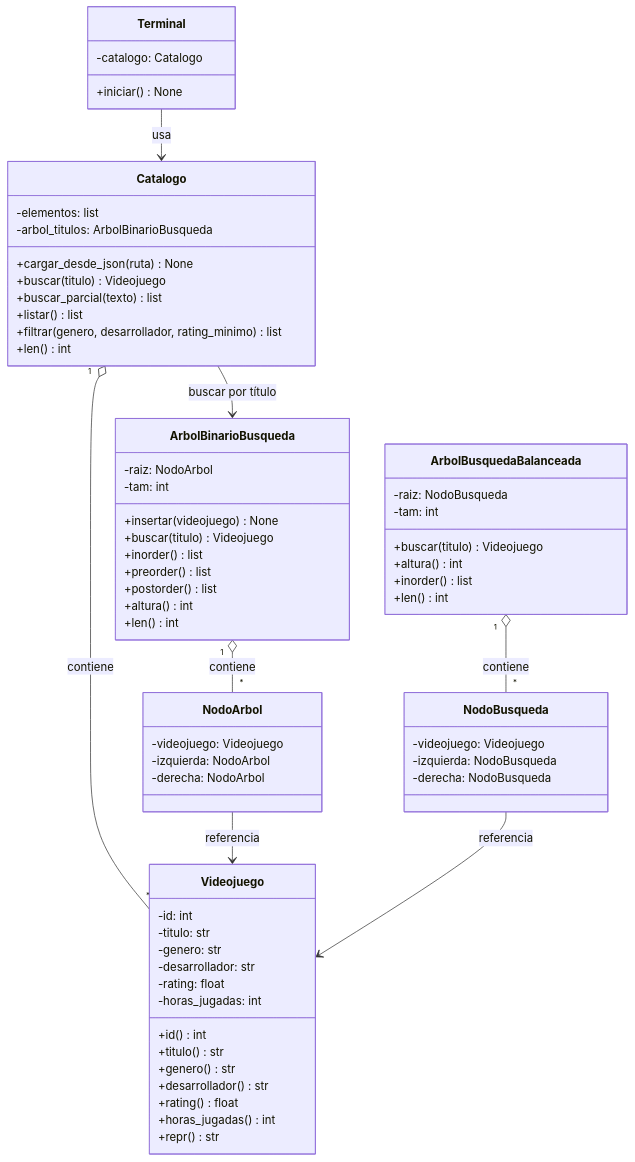
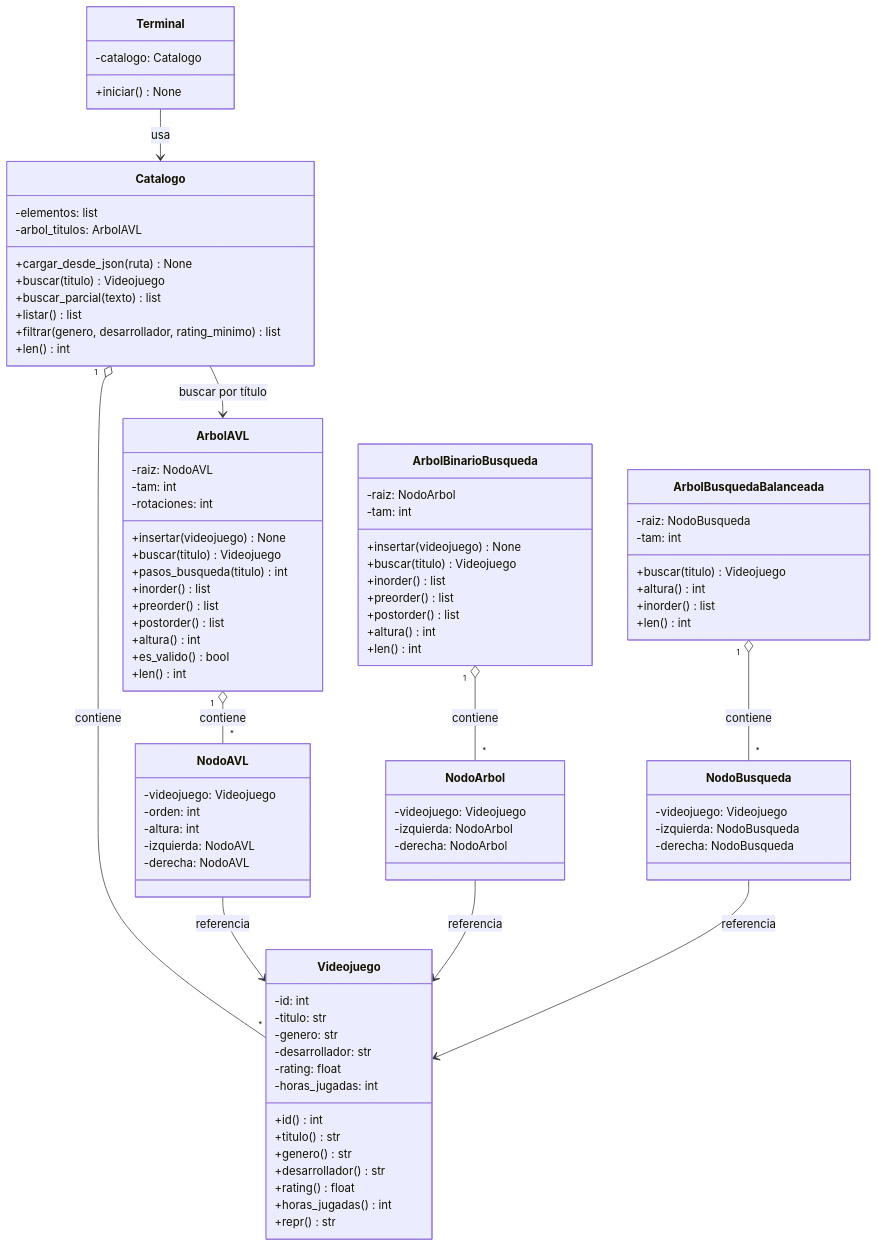
One commit to Dasein369/tpi_edd2026_recomendador changed the diagram in docs/03_diagrama_clases.md. Above: the diagram before and after it, drawn with Mermaid. The commit also changed other lines of this file and 11 other files, not shown here.

Commit message:
TP4. Se inegro arbol AVL

```diff
--- a/docs/03_diagrama_clases.md
+++ b/docs/03_diagrama_clases.md
@@ -23,7 +23,7 @@
 
     class Catalogo {
         -elementos: list
-        -arbol_titulos: ArbolBinarioBusqueda
+        -arbol_titulos: ArbolAVL
         +cargar_desde_json(ruta) None
         +buscar(titulo) Videojuego
         +buscar_parcial(texto) list
@@ -35,6 +35,29 @@
     class Terminal {
         -catalogo: Catalogo
         +iniciar() None
+    }
+
+    class ArbolAVL {
+        -raiz: NodoAVL
+        -tam: int
+        -rotaciones: int
+        +insertar(videojuego) None
+        +buscar(titulo) Videojuego
+        +pasos_busqueda(titulo) int
+        +inorder() list
+        +preorder() list
+        +postorder() list
+        +altura() int
+        +es_valido() bool
+        +len() int
+    }
+
+    class NodoAVL {
+        -videojuego: Videojuego
+        -orden: int
+        -altura: int
+        -izquierda: NodoAVL
+        -derecha: NodoAVL
     }
 
     class ArbolBinarioBusqueda {
@@ -72,7 +95,9 @@
 
     Terminal --> Catalogo : usa
     Catalogo "1" o-- "*" Videojuego : contiene
-    Catalogo --> ArbolBinarioBusqueda : buscar por título
+    Catalogo --> ArbolAVL : buscar por título
+    ArbolAVL "1" o-- "*" NodoAVL : contiene
+    NodoAVL --> Videojuego : referencia
     ArbolBinarioBusqueda "1" o-- "*" NodoArbol : contiene
     NodoArbol --> Videojuego : referencia
     ArbolBusquedaBalanceada "1" o-- "*" NodoBusqueda : contiene
```
